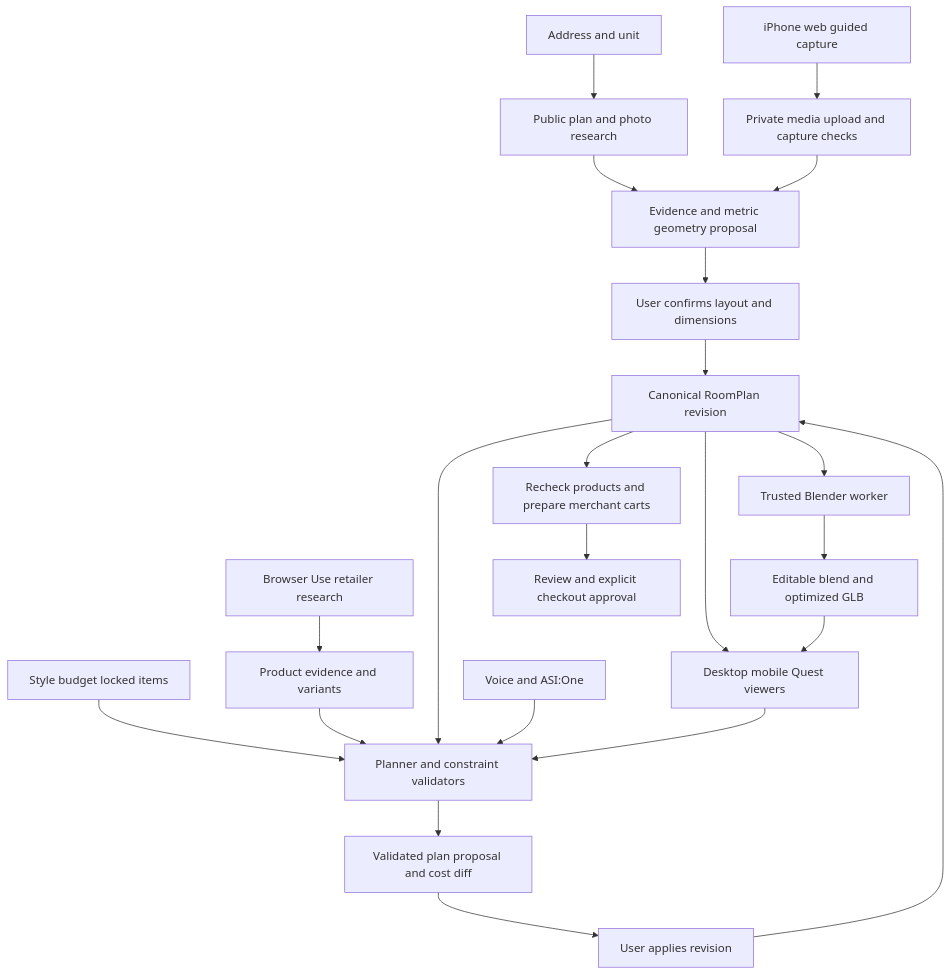
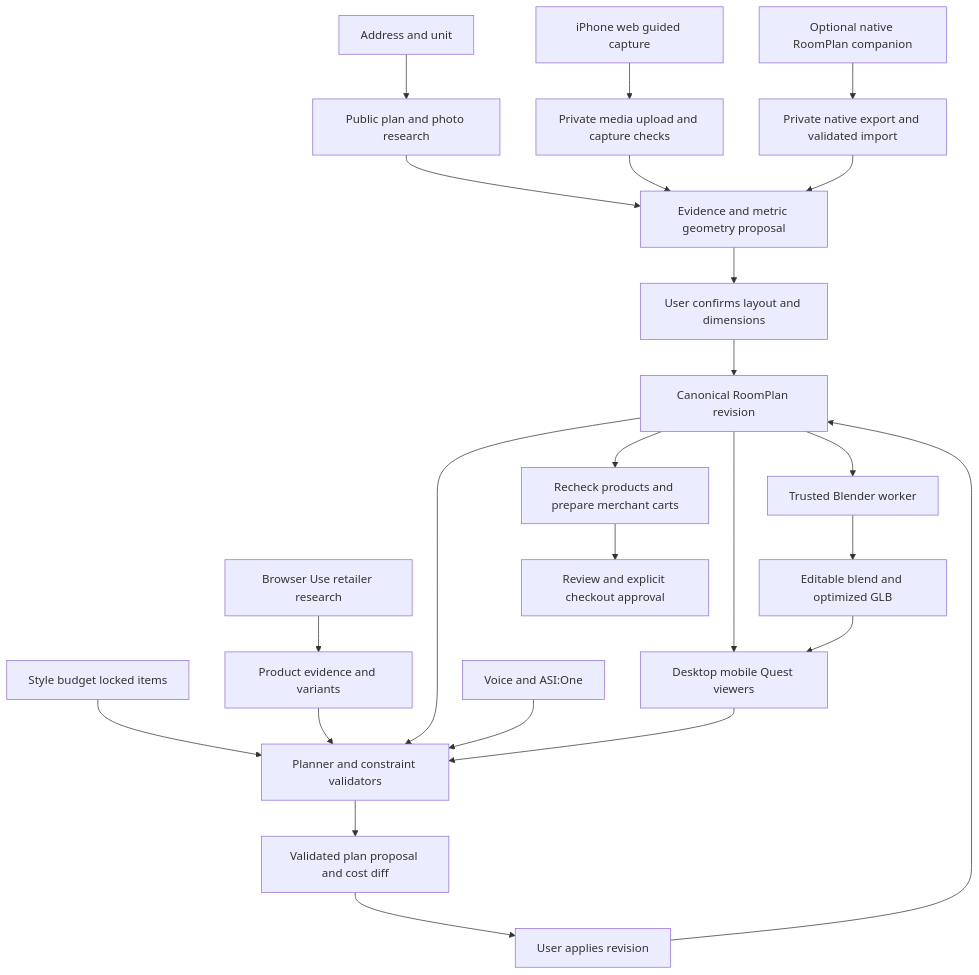
The diagram in docs/architecture.md (silaswu4/tadaima), drawn with Mermaid before and after one commit. The commit also changed other lines of this file and 31 other files, not shown here.

Commit message:
feat: add native RoomPlan scanner and validated Blender importer

````diff
--- a/docs/architecture.md
+++ b/docs/architecture.md
@@ -9,24 +9,26 @@
 ```mermaid
 flowchart TD
   A[Address and unit] --> B[Public plan and photo research]
   C[iPhone web guided capture] --> D[Private media upload and capture checks]
+  C2[Optional native RoomPlan companion] --> D2[Private native export and validated import]
   B --> E[Evidence and metric geometry proposal]
   D --> E
+  D2 --> E
   E --> F[User confirms layout and dimensions]
   F --> G[Canonical RoomPlan revision]
   G --> H[Trusted Blender worker]
   H --> I[Editable blend and optimized GLB]
   J[Style budget locked items] --> K[Planner and constraint validators]
   L[Browser Use retailer research] --> M[Product evidence and variants]
   M --> K
   G --> K
   K --> N[Validated plan proposal and cost diff]
   N --> O[User applies revision]
   O --> G
   G --> P[Desktop mobile Quest viewers]
   I --> P
   Q[Voice and ASI:One] --> K
   P --> K
   G --> R[Recheck products and prepare merchant carts]
   R --> S[Review and explicit checkout approval]
 ```
````
